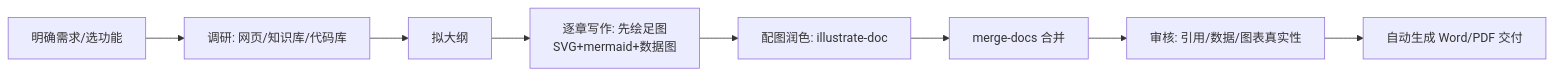
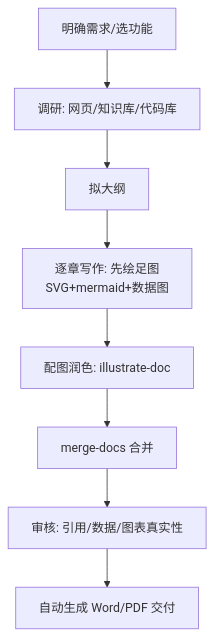
Before and after one commit to agi-hub/doc-writer: the diagram in README.md, drawn with Mermaid. The commit also changed 3 other files, not shown here.

Commit message:
README: mermaid TD; remove manager.out from audit modes

````diff
--- a/README.md
+++ b/README.md
@@ -67,10 +67,10 @@
 ```mermaid
-graph LR
+graph TD
     A[明确需求/选功能] --> B[调研: 网页/知识库/代码库]
     B --> C[拟大纲]
     C --> D[逐章写作: 先绘足图<br/>SVG+mermaid+数据图]
     D --> E[配图润色: illustrate-doc]
     E --> F[merge-docs 合并]
     F --> G[审核: 引用/数据/图表真实性]
     G --> H[自动生成 Word/PDF 交付]
 ```
````
